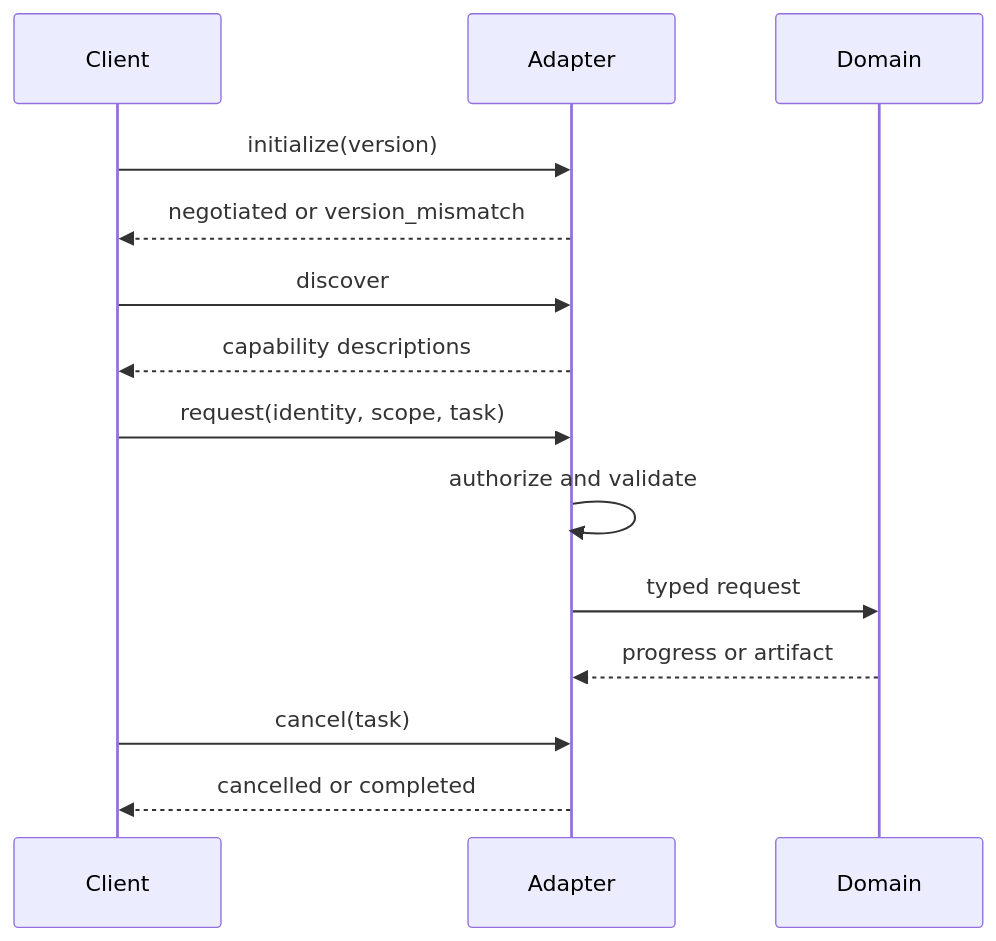
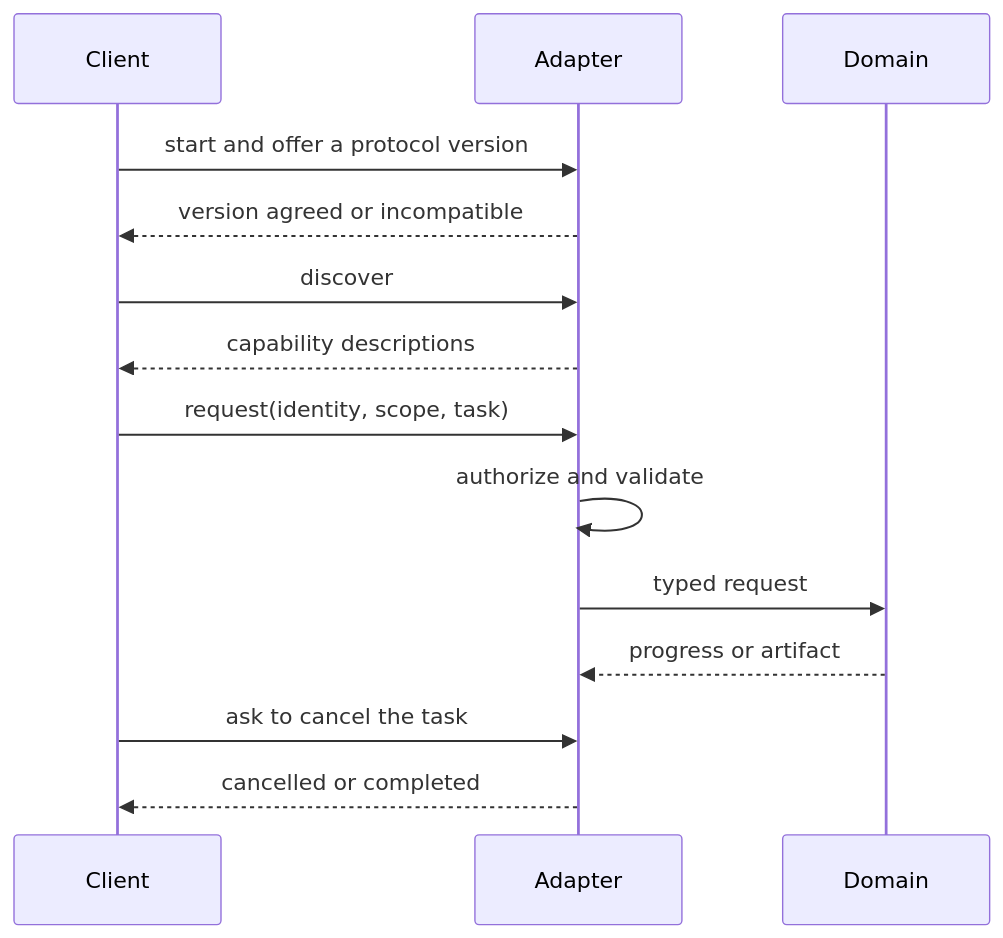
Before and after one commit to VikrantSingh01/Agentic_System_Design: the second of 3 diagrams in modules/04-reasoning-workflows-collaboration/chapters/18-interoperability-protocols.md, drawn with Mermaid. The commit also changed 2 other files, not shown here.

Commit message:
Improve Module 4 diagram accessibility

````diff
--- a/modules/04-reasoning-workflows-collaboration/chapters/18-interoperability-protocols.md
+++ b/modules/04-reasoning-workflows-collaboration/chapters/18-interoperability-protocols.md
@@ -65,16 +65,16 @@
 ```mermaid
 sequenceDiagram
     participant C as Client
     participant A as Adapter
     participant D as Domain
-    C->>A: initialize(version)
-    A-->>C: negotiated or version_mismatch
+    C->>A: start and offer a protocol version
+    A-->>C: version agreed or incompatible
     C->>A: discover
     A-->>C: capability descriptions
     C->>A: request(identity, scope, task)
     A->>A: authorize and validate
     A->>D: typed request
     D-->>A: progress or artifact
-    C->>A: cancel(task)
+    C->>A: ask to cancel the task
     A-->>C: cancelled or completed
 ```
````
